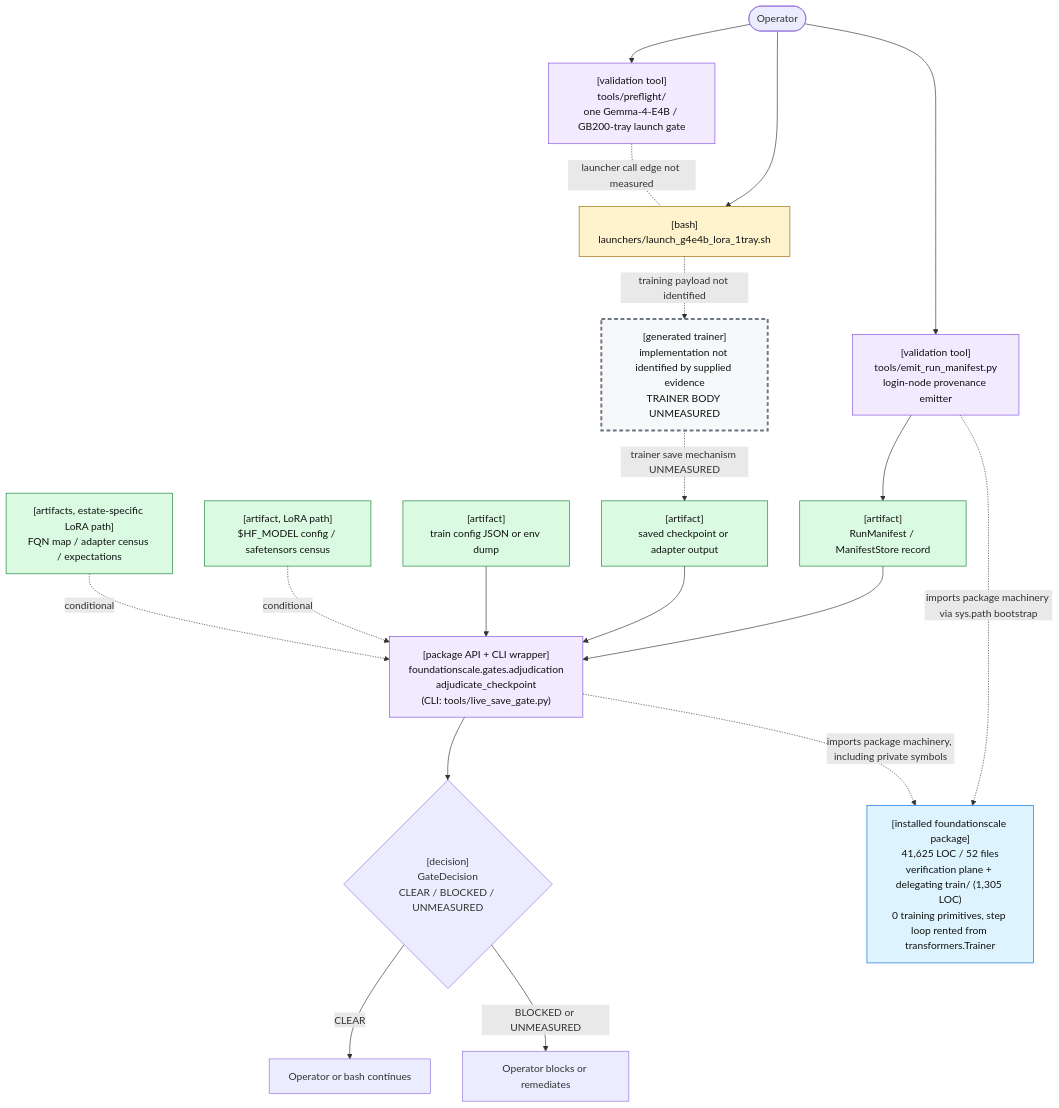
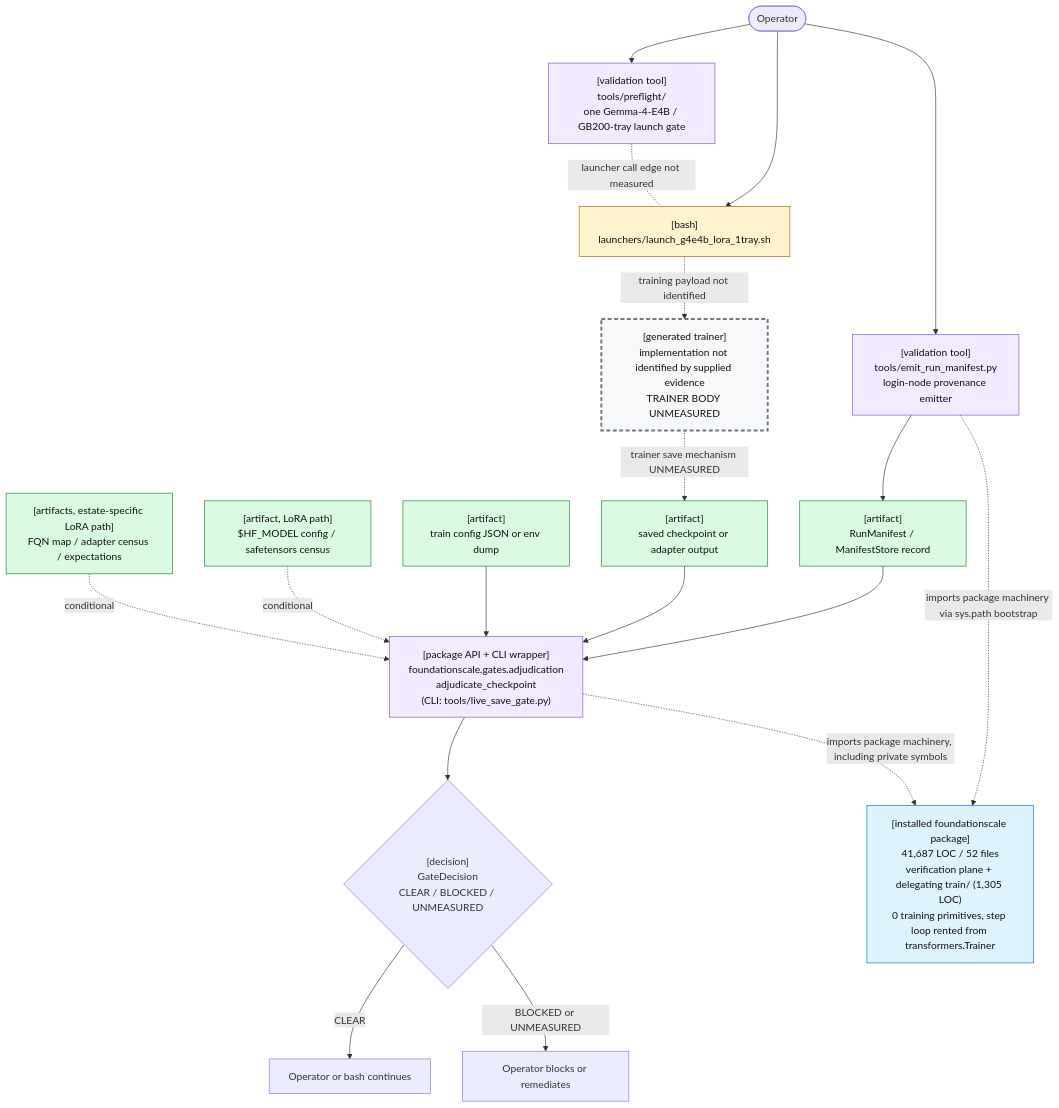
Before and after one commit to TranNhiem/FoundationScale: the first of 2 diagrams in docs/review/D2_current_architecture.md, drawn with Mermaid. The commit also changed other lines of this file and 15 other files, not shown here.

````diff
--- a/docs/review/D2_current_architecture.md
+++ b/docs/review/D2_current_architecture.md
@@ -25,59 +25,59 @@
 ```mermaid
 flowchart TB
   O(["Operator"])
 
   PF["[validation tool]<br/>tools/preflight/<br/>one Gemma-4-E4B / GB200-tray launch gate"]
   L["[bash]<br/>launchers/launch_g4e4b_lora_1tray.sh"]
 
   E["[validation tool]<br/>tools/emit_run_manifest.py<br/>login-node provenance emitter"]
   M["[artifact]<br/>RunManifest / ManifestStore record"]
 
   T["[generated trainer]<br/>implementation not identified by supplied evidence<br/>TRAINER BODY UNMEASURED"]
   C["[artifact]<br/>saved checkpoint or adapter output"]
 
   G["[package API + CLI wrapper]<br/>foundationscale.gates.adjudication<br/>adjudicate_checkpoint<br/>(CLI: tools/live_save_gate.py)"]
   CFG["[artifact]<br/>train config JSON or env dump"]
   BASE["[artifact, LoRA path]<br/>$HF_MODEL config / safetensors census"]
   CEN["[artifacts, estate-specific LoRA path]<br/>FQN map / adapter census / expectations"]
 
   D{"[decision]<br/>GateDecision<br/>CLEAR / BLOCKED / UNMEASURED"}
   OK["Operator or bash continues"]
   NO["Operator blocks or remediates"]
 
-  PKG["[installed foundationscale package]<br/>41,625 LOC / 52 files<br/>verification plane + delegating train/ (1,305 LOC)<br/>0 training primitives, step loop rented from transformers.Trainer"]
+  PKG["[installed foundationscale package]<br/>41,687 LOC / 52 files<br/>verification plane + delegating train/ (1,305 LOC)<br/>0 training primitives, step loop rented from transformers.Trainer"]
 
   O --> PF
   O --> L
   PF -. "launcher call edge not measured" .- L
 
   O --> E
   E --> M
 
   L -. "training payload not identified" .-> T
   T -. "trainer save mechanism UNMEASURED" .-> C
 
   M --> G
   C --> G
   CFG --> G
   BASE -. "conditional" .-> G
   CEN -. "conditional" .-> G
 
   E -. "imports package machinery via sys.path bootstrap" .-> PKG
   G -. "imports package machinery, including private symbols" .-> PKG
 
   G --> D
   D -->|"CLEAR"| OK
   D -->|"BLOCKED or UNMEASURED"| NO
 
   classDef bash fill:#fff3cd,stroke:#9a6700,color:#111;
   classDef tool fill:#f2eaff,stroke:#8250df,color:#111;
   classDef artifact fill:#dafbe1,stroke:#1a7f37,color:#111;
   classDef gap fill:#f6f8fa,stroke:#6e7781,stroke-width:3px,stroke-dasharray: 6 4,color:#111;
   classDef pkg fill:#ddf4ff,stroke:#0969da,color:#111;
 
   class L bash;
   class PF,E,G tool;
   class M,C,CFG,BASE,CEN artifact;
   class T gap;
   class PKG pkg;
 ```
````
